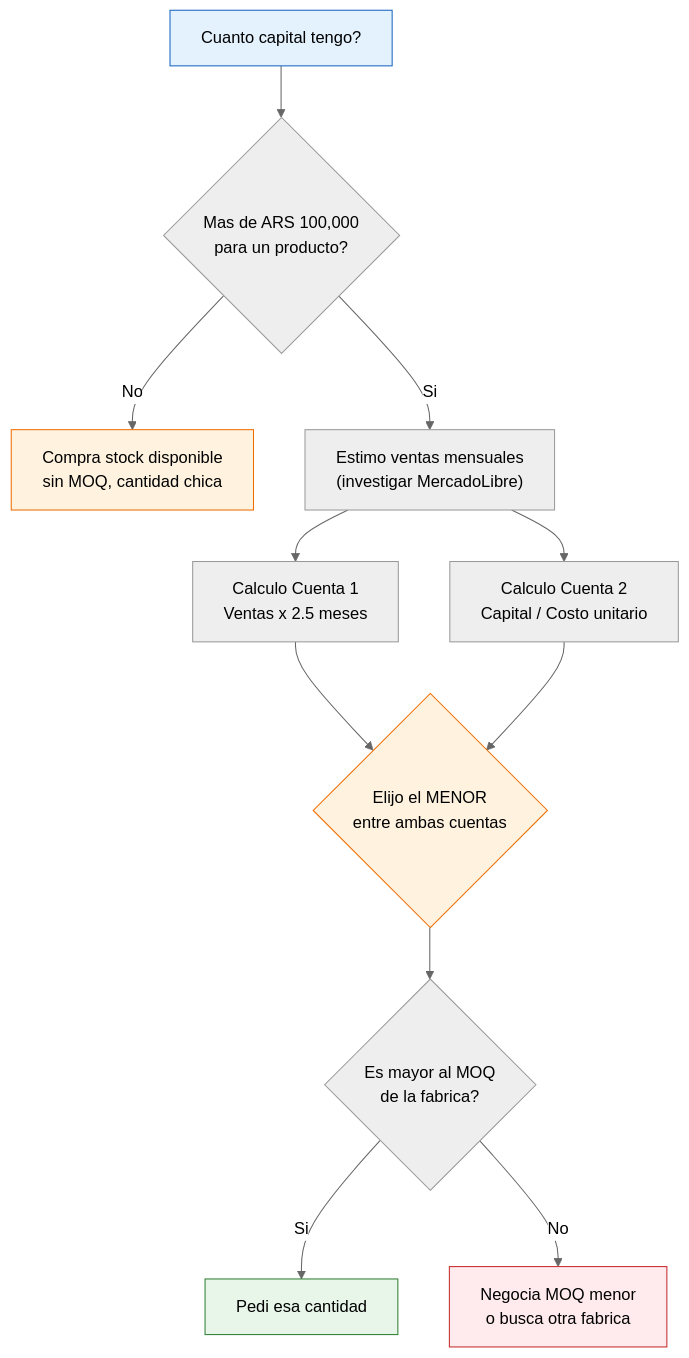
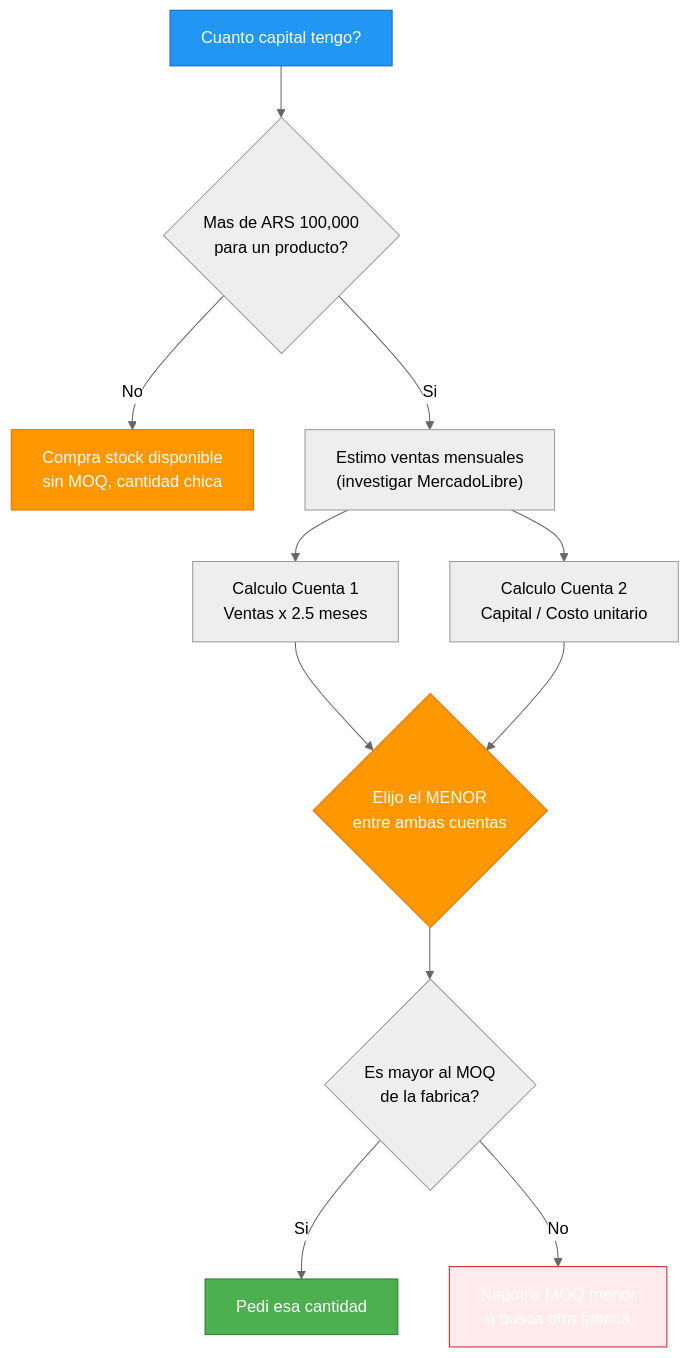
One commit to barrosignacioezequiel-coder/docs changed the second of 2 diagrams in app/paso1-argentina/evaluar-negociar/pedido-minimo.mdx. Above: the diagram before and after it, drawn with Mermaid (neutral theme). The commit also changed other lines of this file and 66 other files, not shown here.

First line of the commit message:
fix: resolve Mermaid v11 numbered list errors + improve contrast

````diff
--- a/app/paso1-argentina/evaluar-negociar/pedido-minimo.mdx
+++ b/app/paso1-argentina/evaluar-negociar/pedido-minimo.mdx
@@ -173,19 +173,19 @@
 ```mermaid
 graph TD
     A["Cuanto capital tengo?"] --> B{"Mas de ARS 100,000<br/>para un producto?"}
     B -- No --> C["Compra stock disponible<br/>sin MOQ, cantidad chica"]
     B -- Si --> D["Estimo ventas mensuales<br/>(investigar MercadoLibre)"]
     D --> E["Calculo Cuenta 1<br/>Ventas x 2.5 meses"]
     D --> F["Calculo Cuenta 2<br/>Capital / Costo unitario"]
     E --> G{"Elijo el MENOR<br/>entre ambas cuentas"}
     F --> G
     G --> H{"Es mayor al MOQ<br/>de la fabrica?"}
     H -- Si --> I["Pedi esa cantidad"]
     H -- No --> J["Negocia MOQ menor<br/>o busca otra fabrica"]
 
-    style A fill:#e3f2fd,stroke:#1565c0
-    style G fill:#fff3e0,stroke:#ef6c00
-    style I fill:#e8f5e9,stroke:#2e7d32
-    style C fill:#fff3e0,stroke:#ef6c00
-    style J fill:#ffebee,stroke:#c62828
+    style A fill:#2196f3,stroke:#1565c0,color:#fff
+    style G fill:#ff9800,stroke:#ef6c00,color:#fff
+    style I fill:#4caf50,stroke:#2e7d32,color:#fff
+    style C fill:#ff9800,stroke:#ef6c00,color:#fff
+    style J fill:#ffebee,stroke:#c62828,color:#fff
 ```
````
